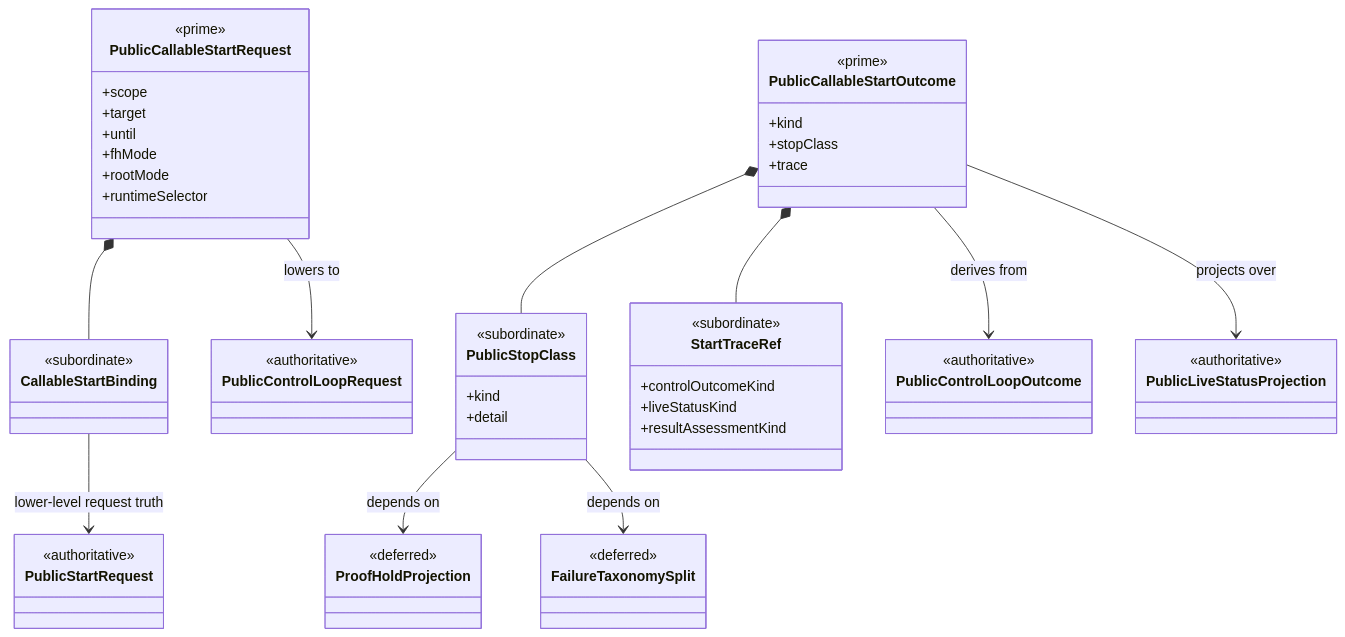
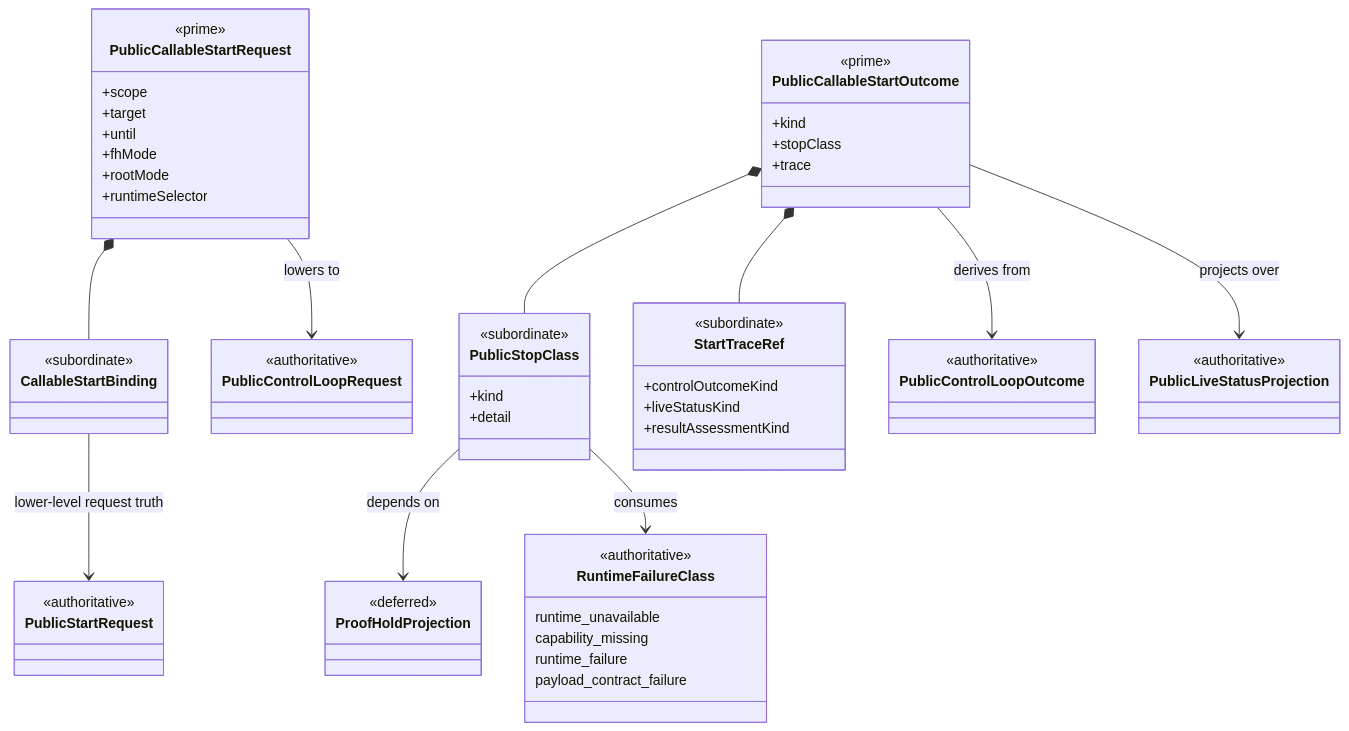
The diagram in build_tenants/abiogenesis/typescript/design/M04_MAXIMUM_AUTONOMY_GEN_START_STRUCTURAL_CARRIER_DIAGRAM.md (foolishimp/abiogenesis), drawn with Mermaid before and after one commit. The commit also changed other lines of this file and 255 other files, not shown here.

````diff
--- a/build_tenants/abiogenesis/typescript/design/M04_MAXIMUM_AUTONOMY_GEN_START_STRUCTURAL_CARRIER_DIAGRAM.md
+++ b/build_tenants/abiogenesis/typescript/design/M04_MAXIMUM_AUTONOMY_GEN_START_STRUCTURAL_CARRIER_DIAGRAM.md
@@ -63,8 +76,12 @@
   <<deferred>>
 }
 
-class FailureTaxonomySplit {
-  <<deferred>>
+class RuntimeFailureClass {
+  <<authoritative>>
+  runtime_unavailable
+  capability_missing
+  runtime_failure
+  payload_contract_failure
 }
 
 PublicCallableStartRequest *-- CallableStartBinding
@@ -77,5 +94,5 @@
 
 CallableStartBinding --> PublicStartRequest : lower-level request truth
 PublicStopClass --> ProofHoldProjection : depends on
-PublicStopClass --> FailureTaxonomySplit : depends on
+PublicStopClass --> RuntimeFailureClass : consumes
 ```
````
